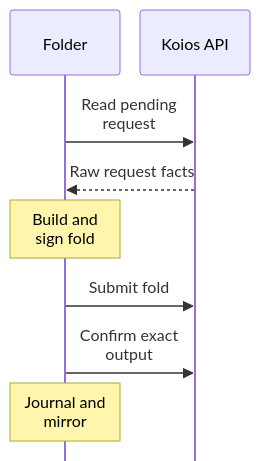
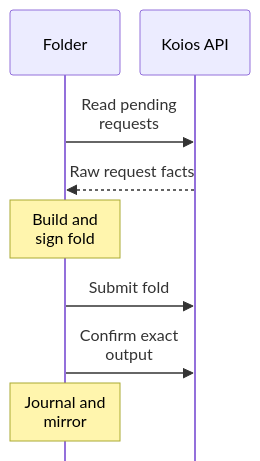
One commit to lambdasistemi/singular changed the second of 6 diagrams in docs/singular-node.md. Above: the diagram before and after it, drawn with Mermaid. The commit also changed other lines of this file and 13 other files, not shown here.

````diff
--- a/docs/singular-node.md
+++ b/docs/singular-node.md
@@ -103,12 +103,12 @@
 ```mermaid
 %%{init: {'sequence': {'actorMargin': 20, 'width': 110, 'wrap': true, 'mirrorActors': false}}}%%
 sequenceDiagram
     participant W as Folder
     participant P as Koios API
-    W->>P: Read pending request
+    W->>P: Read pending requests
     P-->>W: Raw request facts
     Note over W: Build and sign fold
     W->>P: Submit fold
     W->>P: Confirm exact output
     Note over W: Journal and mirror
 ```
````
